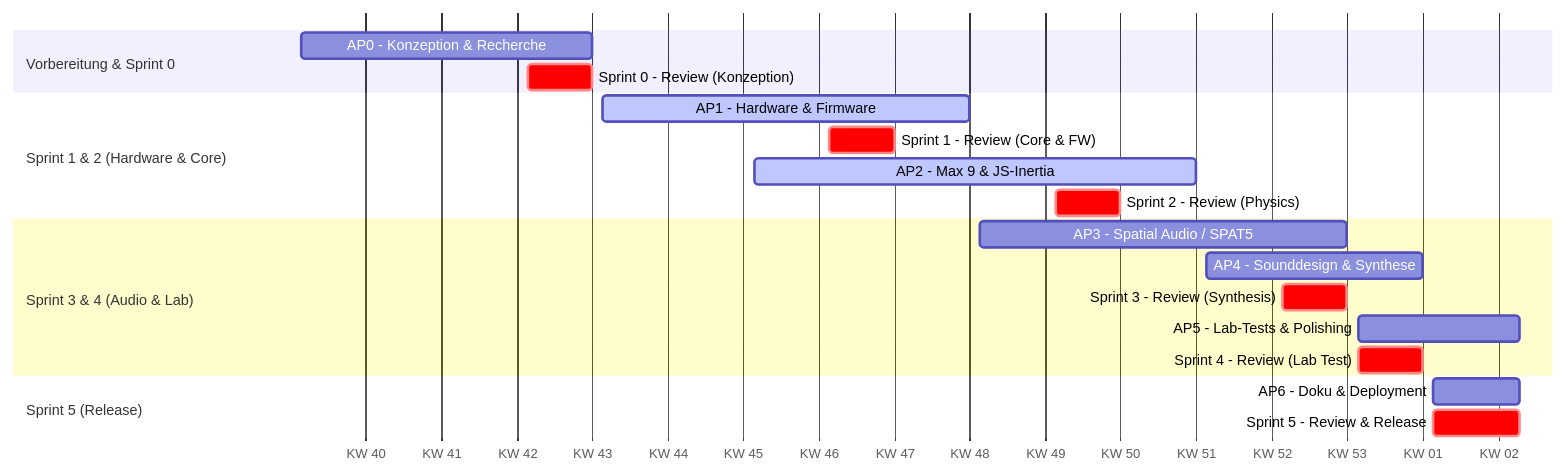
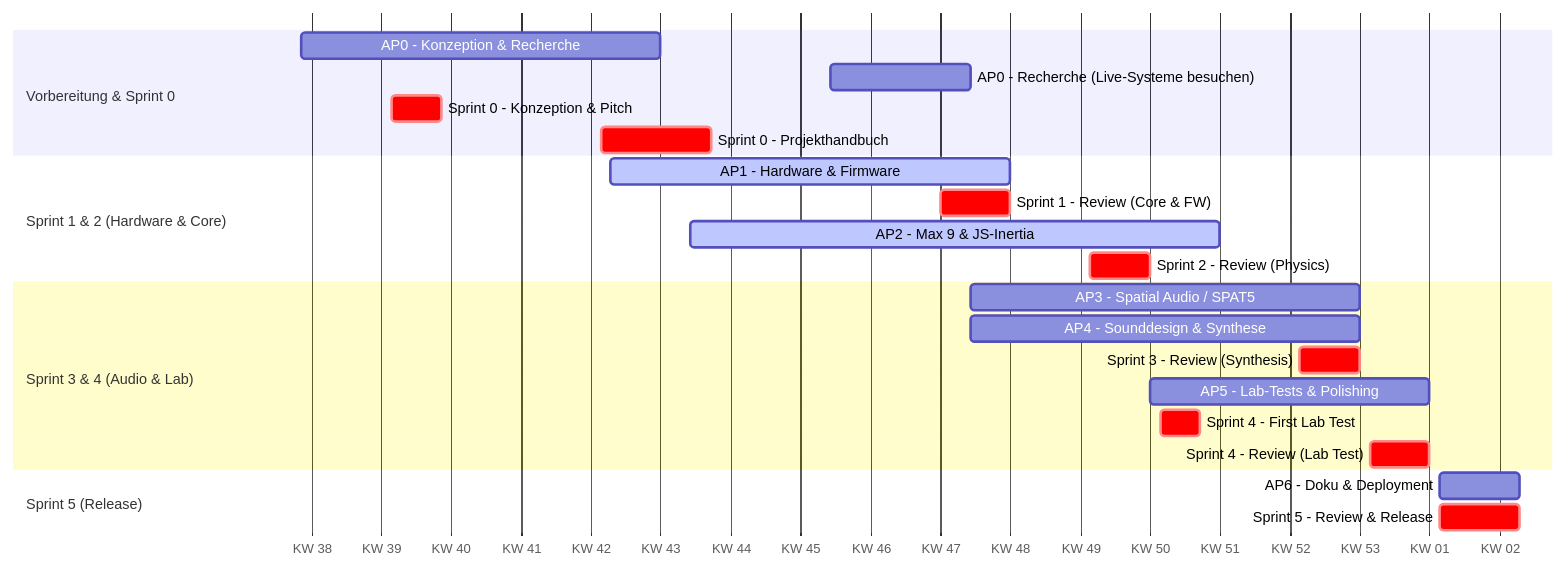
One commit to flirn/gravitationalWAVS changed the diagram in README.md. Above: the diagram before and after it, drawn with Mermaid. The commit also changed other lines of this file, not shown here.

Commit message:
gantt refined

````diff
--- a/README.md
+++ b/README.md
@@ -139,34 +139,37 @@
 ```mermaid
 %%{init: {
   'gantt': {
     'useWidth': 1200,
     'leftPadding': 220,
     'rightPadding': 50,
     'tickInterval': '1w'
   }
 }}%%
 gantt
     dateFormat YYYY-MM-DD
     axisFormat KW %V
 
     section Vorbereitung & Sprint 0
-    AP0 - Konzeption & Recherche     :2026-09-28, 2026-10-25
-    Sprint 0 - Review (Konzeption)   :crit, 2026-10-19, 2026-10-25
+    AP0 - Konzeption & Recherche     :2026-09-19, 2026-10-25
+    AP0 - Recherche (Live-Systeme besuchen)   :2026-11-11, 2026-11-25
+    Sprint 0 - Konzeption & Pitch   :crit, 2026-09-28, 2026-10-03
+    Sprint 0 - Projekthandbuch   :crit, 2026-10-19, 2026-10-30
 
     section Sprint 1 & 2 (Hardware & Core)
-    AP1 - Hardware & Firmware        :active, 2026-10-26, 2026-11-29
-    Sprint 1 - Review (Core & FW)    :crit, 2026-11-16, 2026-11-22
-    AP2 - Max 9 & JS-Inertia         :active, 2026-11-09, 2026-12-20
+    AP1 - Hardware & Firmware        :active, 2026-10-20, 2026-11-29
+    Sprint 1 - Review (Core & FW)    :crit, 2026-11-22, 2026-11-29
+    AP2 - Max 9 & JS-Inertia         :active, 2026-10-28, 2026-12-20
     Sprint 2 - Review (Physics)      :crit, 2026-12-07, 2026-12-13
 
     section Sprint 3 & 4 (Audio & Lab)
-    AP3 - Spatial Audio / SPAT5      :2026-11-30, 2027-01-03
-    AP4 - Sounddesign & Synthese     :2026-12-21, 2027-01-10
+    AP3 - Spatial Audio / SPAT5      :2026-11-25, 2027-01-03
+    AP4 - Sounddesign & Synthese     :2026-11-25, 2027-01-03
     Sprint 3 - Review (Synthesis)    :crit, 2026-12-28, 2027-01-03
-    AP5 - Lab-Tests & Polishing      :2027-01-04, 2027-01-19
+    AP5 - Lab-Tests & Polishing      :2026-12-13, 2027-01-10
+    Sprint 4 - First Lab Test     :crit, 2026-12-14, 2026-12-18
     Sprint 4 - Review (Lab Test)     :crit, 2027-01-04, 2027-01-10
 
     section Sprint 5 (Release)
     AP6 - Doku & Deployment          :2027-01-11, 2027-01-19
     Sprint 5 - Review & Release      :crit, 2027-01-11, 2027-01-19
 ```
````
